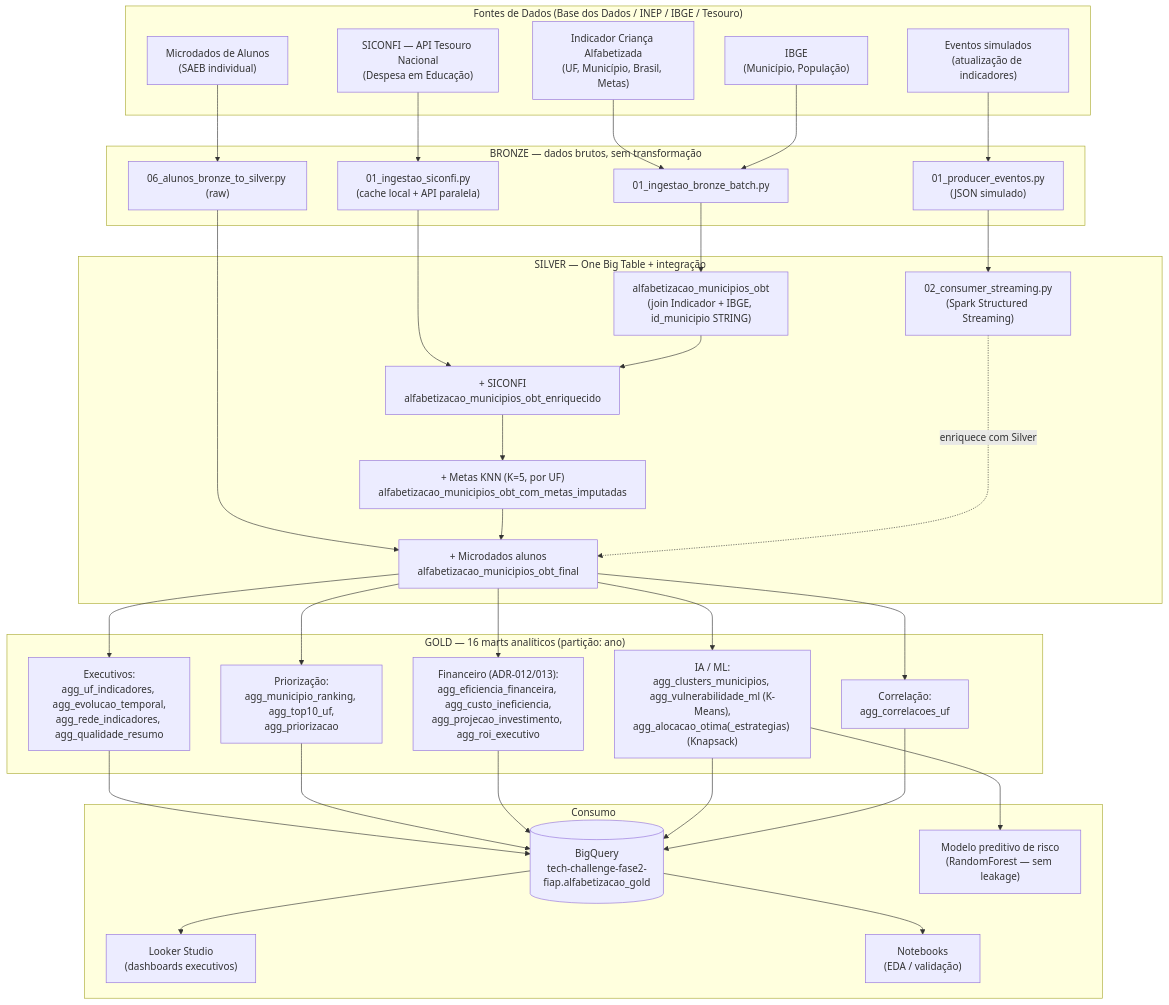
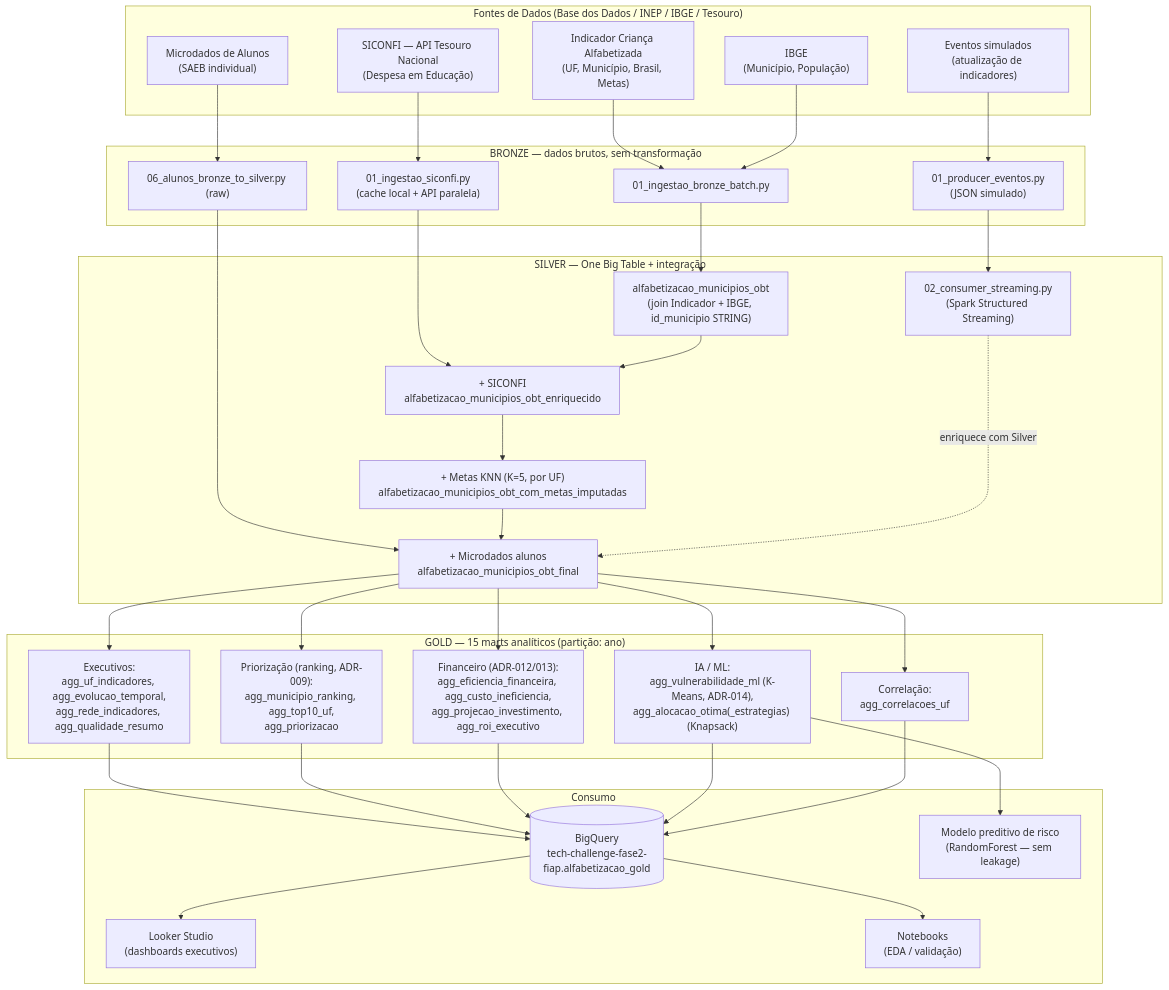
Before and after one commit to alfabetizacao-datateam/tech-challenge-fase2-alfabetizacao: the first of 3 diagrams in docs/DIAGRAMA_PIPELINE.md, drawn with Mermaid. The commit also changed other lines of this file and 12 other files, not shown here.

````diff
--- a/docs/DIAGRAMA_PIPELINE.md
+++ b/docs/DIAGRAMA_PIPELINE.md
@@ -8,69 +8,69 @@
 ```mermaid
 flowchart TB
     subgraph FONTES["Fontes de Dados (Base dos Dados / INEP / IBGE / Tesouro)"]
         F1["Indicador Criança Alfabetizada\n(UF, Município, Brasil, Metas)"]
         F2["IBGE\n(Município, População)"]
         F3["SICONFI — API Tesouro Nacional\n(Despesa em Educação)"]
         F4["Microdados de Alunos\n(SAEB individual)"]
         F5["Eventos simulados\n(atualização de indicadores)"]
     end
 
     subgraph BRONZE["BRONZE — dados brutos, sem transformação"]
         B1["01_ingestao_bronze_batch.py"]
         B2["06_alunos_bronze_to_silver.py (raw)"]
         B3["01_ingestao_siconfi.py\n(cache local + API paralela)"]
         B4["01_producer_eventos.py\n(JSON simulado)"]
     end
 
     subgraph SILVER["SILVER — One Big Table + integração"]
         S1["alfabetizacao_municipios_obt\n(join Indicador + IBGE, id_municipio STRING)"]
         S2["+ SICONFI\nalfabetizacao_municipios_obt_enriquecido"]
         S3["+ Metas KNN (K=5, por UF)\nalfabetizacao_municipios_obt_com_metas_imputadas"]
         S4["+ Microdados alunos\nalfabetizacao_municipios_obt_final"]
         S5["02_consumer_streaming.py\n(Spark Structured Streaming)"]
     end
 
-    subgraph GOLD["GOLD — 16 marts analíticos (partição: ano)"]
+    subgraph GOLD["GOLD — 15 marts analíticos (partição: ano)"]
         G1["Executivos:\nagg_uf_indicadores, agg_evolucao_temporal,\nagg_rede_indicadores, agg_qualidade_resumo"]
-        G2["Priorização:\nagg_municipio_ranking, agg_top10_uf,\nagg_priorizacao"]
+        G2["Priorização (ranking, ADR-009):\nagg_municipio_ranking, agg_top10_uf,\nagg_priorizacao"]
         G3["Financeiro (ADR-012/013):\nagg_eficiencia_financeira, agg_custo_ineficiencia,\nagg_projecao_investimento, agg_roi_executivo"]
-        G4["IA / ML:\nagg_clusters_municipios, agg_vulnerabilidade_ml (K-Means),\nagg_alocacao_otima(_estrategias) (Knapsack)"]
+        G4["IA / ML:\nagg_vulnerabilidade_ml (K-Means, ADR-014),\nagg_alocacao_otima(_estrategias) (Knapsack)"]
         G5["Correlação:\nagg_correlacoes_uf"]
     end
 
     subgraph CONSUMO["Consumo"]
         C1[("BigQuery\ntech-challenge-fase2-fiap.alfabetizacao_gold")]
         C2["Looker Studio\n(dashboards executivos)"]
         C3["Notebooks\n(EDA / validação)"]
         C4["Modelo preditivo de risco\n(RandomForest — sem leakage)"]
     end
 
     F1 --> B1
     F2 --> B1
     F4 --> B2
     F3 --> B3
     F5 --> B4
 
     B1 --> S1
     B2 --> S4
     B3 --> S2
     B4 --> S5
 
     S1 --> S2 --> S3 --> S4
     S5 -.enriquece com Silver.-> S4
 
     S4 --> G1
     S4 --> G2
     S4 --> G3
     S4 --> G4
     S4 --> G5
 
     G1 --> C1
     G2 --> C1
     G3 --> C1
     G4 --> C1
     G5 --> C1
     C1 --> C2
     C1 --> C3
     G4 --> C4
 ```
````
